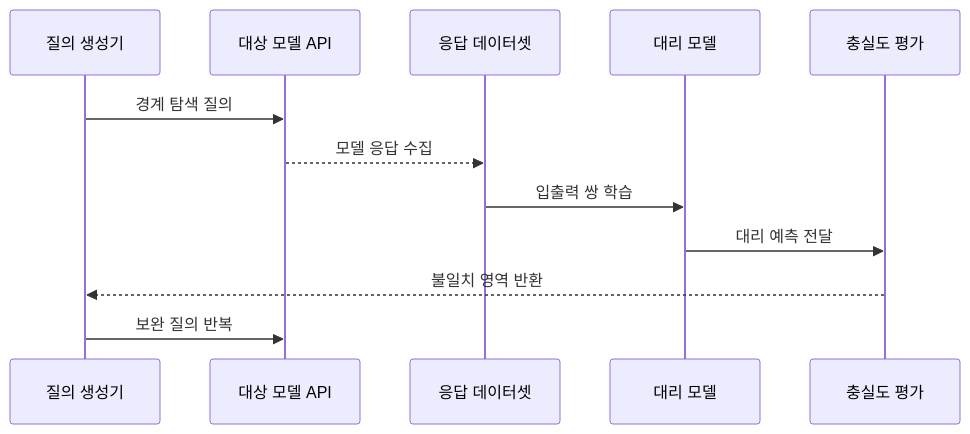
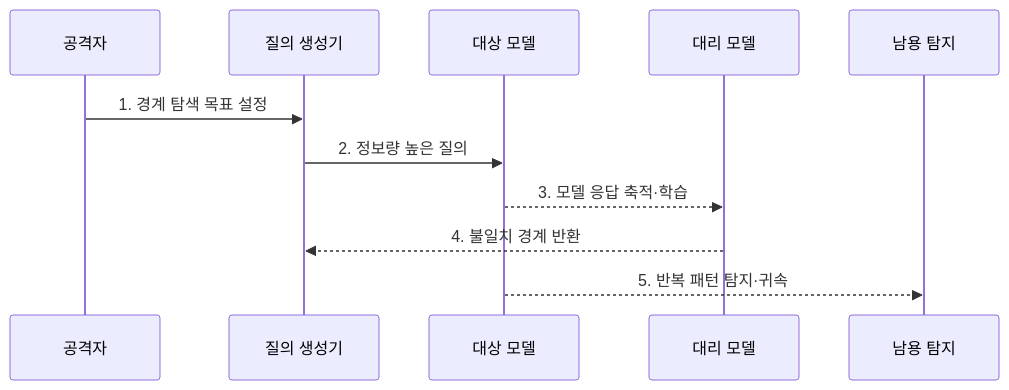
One commit to agnusdei1207/knowledge-base changed the second of 2 diagrams in src/content/docs/notes/05-security/083_model_extraction_attack.md. Above: the diagram before and after it, drawn with Mermaid. The commit also changed other lines of this file and 6 other files, not shown here.

````diff
--- a/src/content/docs/notes/05-security/083_model_extraction_attack.md
+++ b/src/content/docs/notes/05-security/083_model_extraction_attack.md
@@ -90,14 +83,13 @@
 ```mermaid
 sequenceDiagram
+    participant A as 공격자
     participant Q as 질의 생성기
-    participant A as 대상 모델 API
-    participant D as 응답 데이터셋
+    participant M as 대상 모델
     participant S as 대리 모델
-    participant E as 충실도 평가
-    Q->>A: 경계 탐색 질의
-    A-->>D: 모델 응답 수집
-    D->>S: 입출력 쌍 학습
-    S->>E: 대리 예측 전달
-    E-->>Q: 불일치 영역 반환
-    Q->>A: 보완 질의 반복
+    participant D as 남용 탐지
+    A->>Q: 1. 경계 탐색 목표 설정
+    Q->>M: 2. 정보량 높은 질의
+    M-->>S: 3. 모델 응답 축적·학습
+    S-->>Q: 4. 불일치 경계 반환
+    M-->>D: 5. 반복 패턴 탐지·귀속
 ```
````
